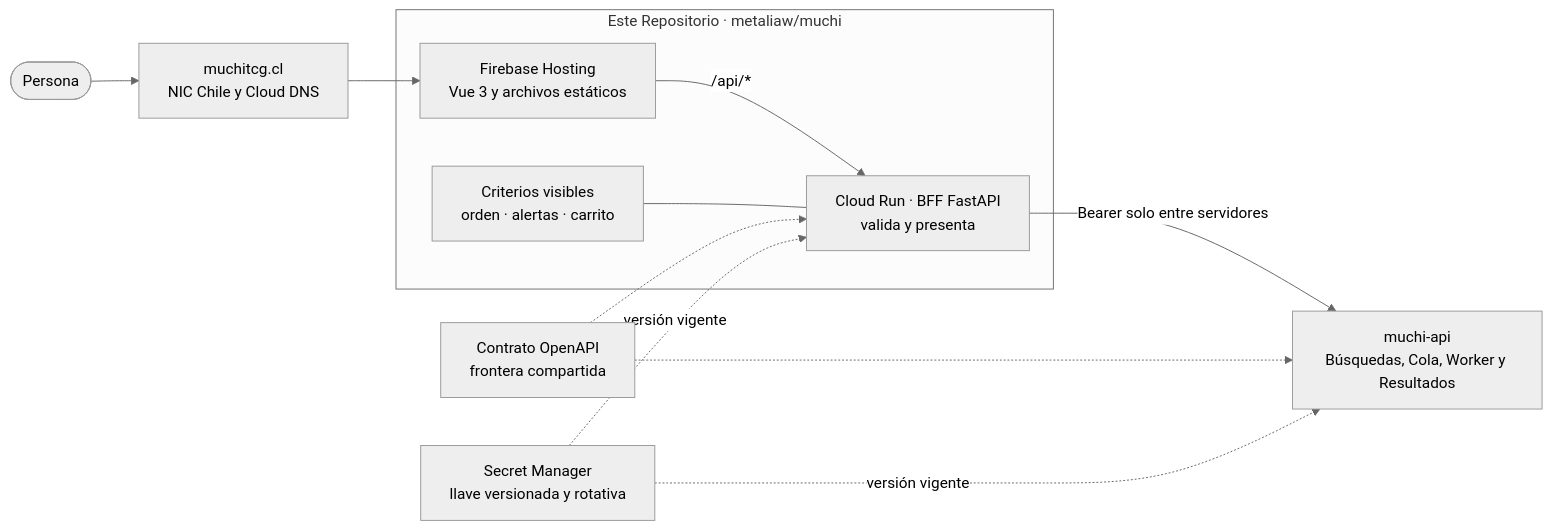
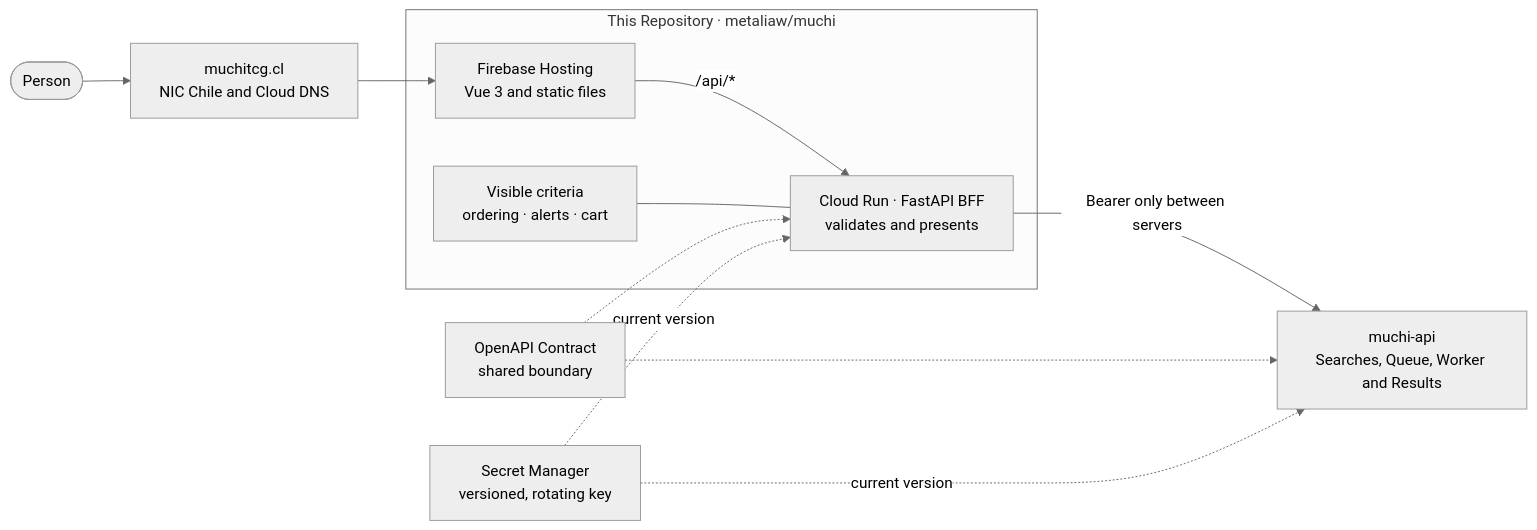
The first of 3 diagrams in docs/architecture.md (metaliaw/muchi), drawn with Mermaid (neutral theme) before and after one commit. The commit also changed other lines of this file and 38 other files, not shown here.

````diff
--- a/docs/architecture.md
+++ b/docs/architecture.md
@@ -19,24 +19,24 @@
 ```mermaid
 flowchart LR
-    person([Persona])
-    dns["muchitcg.cl<br/>NIC Chile y Cloud DNS"]
+    person([Person])
+    dns["muchitcg.cl<br/>NIC Chile and Cloud DNS"]
 
-    subgraph public["Este Repositorio · metaliaw/muchi"]
-        hosting["Firebase Hosting<br/>Vue 3 y archivos estáticos"]
-        bff["Cloud Run · BFF FastAPI<br/>valida y presenta"]
-        criteria["Criterios visibles<br/>orden · alertas · carrito"]
+    subgraph public["This Repository · metaliaw/muchi"]
+        hosting["Firebase Hosting<br/>Vue 3 and static files"]
+        bff["Cloud Run · FastAPI BFF<br/>validates and presents"]
+        criteria["Visible criteria<br/>ordering · alerts · cart"]
     end
 
-    api["muchi-api<br/>Búsquedas, Cola, Worker y Resultados"]
-    contract["Contrato OpenAPI<br/>frontera compartida"]
-    secrets["Secret Manager<br/>llave versionada y rotativa"]
+    api["muchi-api<br/>Searches, Queue, Worker and Results"]
+    contract["OpenAPI Contract<br/>shared boundary"]
+    secrets["Secret Manager<br/>versioned, rotating key"]
 
     person --> dns --> hosting
     hosting -->|"/api/*"| bff
     criteria --- bff
     contract -.-> bff
     contract -.-> api
-    bff -->|"Bearer solo entre servidores"| api
-    secrets -. "versión vigente" .-> bff
-    secrets -. "versión vigente" .-> api
+    bff -->|"Bearer only between servers"| api
+    secrets -. "current version" .-> bff
+    secrets -. "current version" .-> api
 ```
````
